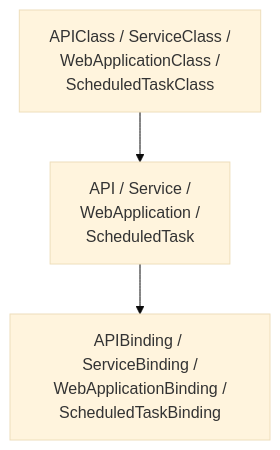
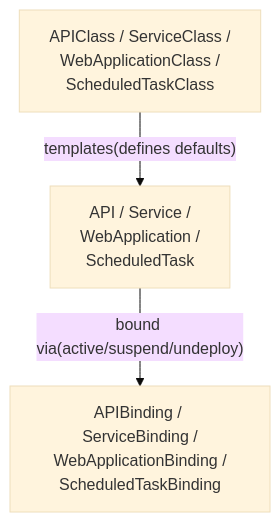
Before and after one commit to openchoreo/openchoreo: the eighth of 12 diagrams in docs/deepwiki/Platform-Abstractions.md, drawn with Mermaid (base theme). The commit also changed other lines of this file and 85 other files, not shown here.

Commit message:
feat: Add new workflow and specification templates, update Helm chart dependencies, and clarify documentation diagrams.

````diff
--- a/docs/deepwiki/Platform-Abstractions.md
+++ b/docs/deepwiki/Platform-Abstractions.md
@@ -383,10 +383,10 @@
 ```mermaid
 flowchart TD
 
 Class["APIClass / ServiceClass /<br>WebApplicationClass /<br>ScheduledTaskClass"]
 Instance["API / Service /<br>WebApplication /<br>ScheduledTask"]
 Binding["APIBinding / ServiceBinding /<br>WebApplicationBinding /<br>ScheduledTaskBinding"]
 
-Class --> Instance
-Instance --> Binding
+Class -->|"templates(defines defaults)"| Instance
+Instance -->|"bound via(active/suspend/undeploy)"| Binding
 ```
````
